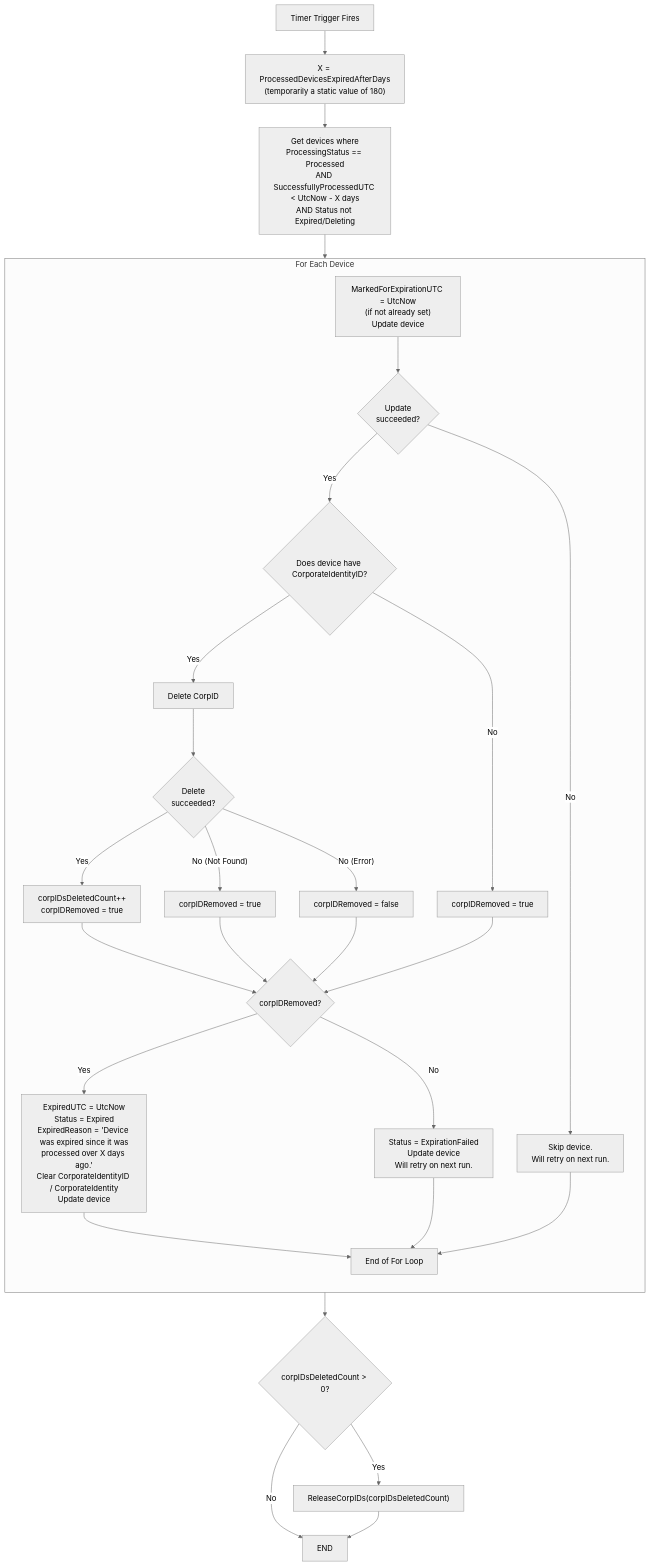
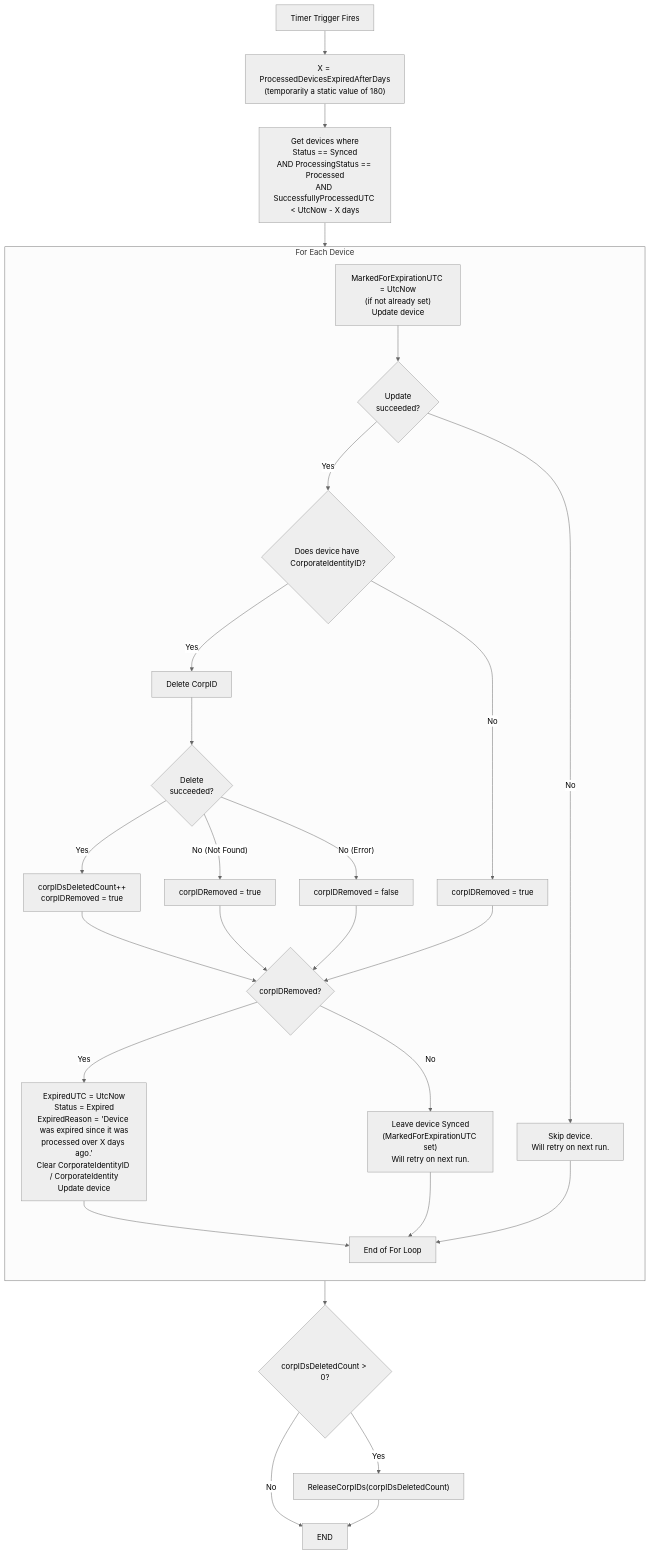
Before and after one commit to kenjohnson03/DelegationStation: the diagram in CorporateIdentifierSync/Documents/FlowCharts/DeviceExpiration.md, drawn with Mermaid (neutral theme). The commit also changed 3 other files, not shown here.

Commit message:
Limit expiration query to Synced devices; leave failed removals Synced for retry

````diff
--- a/CorporateIdentifierSync/Documents/FlowCharts/DeviceExpiration.md
+++ b/CorporateIdentifierSync/Documents/FlowCharts/DeviceExpiration.md
@@ -1,41 +1,41 @@
 ```mermaid
 
 flowchart TD
     A["Timer Trigger Fires"] --> S["X = ProcessedDevicesExpiredAfterDays<br/>(temporarily a static value of 180)"]
-    S --> D["Get devices where<br/>ProcessingStatus == Processed<br/>AND SuccessfullyProcessedUTC < UtcNow - X days<br/>AND Status not Expired/Deleting"]
+    S --> D["Get devices where<br/>Status == Synced<br/>AND ProcessingStatus == Processed<br/>AND SuccessfullyProcessedUTC < UtcNow - X days"]
     D --> LOOP
 
     subgraph LOOP ["For Each Device"]
         direction TB
 
         MK["MarkedForExpirationUTC = UtcNow<br/>(if not already set)<br/>Update device"]
         MK --> MK1{"Update<br/>succeeded?"}
         MK1 -- "No" --> SKIP["Skip device.<br/>Will retry on next run."]
         MK1 -- "Yes" --> H{"Does device have CorporateIdentityID?"}
 
         H -- "No" --> N["corpIDRemoved = true"]
         H -- "Yes" --> I["Delete CorpID"]
         I --> J{"Delete<br/>succeeded?"}
         J -- "Yes" --> K["corpIDsDeletedCount++<br/>corpIDRemoved = true"]
         J -- "No (Not Found)" --> M["corpIDRemoved = true"]
         J -- "No (Error)" --> MM["corpIDRemoved = false"]
 
         K --> O{"corpIDRemoved?"}
         M --> O
         MM --> O
         N --> O
 
         O -- "Yes" --> P["ExpiredUTC = UtcNow<br/>Status = Expired<br/>ExpiredReason = 'Device was expired since it was<br/>processed over X days ago.'<br/>Clear CorporateIdentityID / CorporateIdentity<br/>Update device"]
-        O -- "No" --> Q["Status = ExpirationFailed<br/>Update device<br/>Will retry on next run."]
+        O -- "No" --> Q["Leave device Synced<br/>(MarkedForExpirationUTC set)<br/>Will retry on next run."]
 
         P --> Z["End of For Loop"]
         Q --> Z
         SKIP --> Z
     end
 
     Z --> AA{"corpIDsDeletedCount > 0?"}
     AA -- "No" --> END
     AA -- "Yes" --> AC["ReleaseCorpIDs(corpIDsDeletedCount)"]
     AC --> END
 
 ```
````
